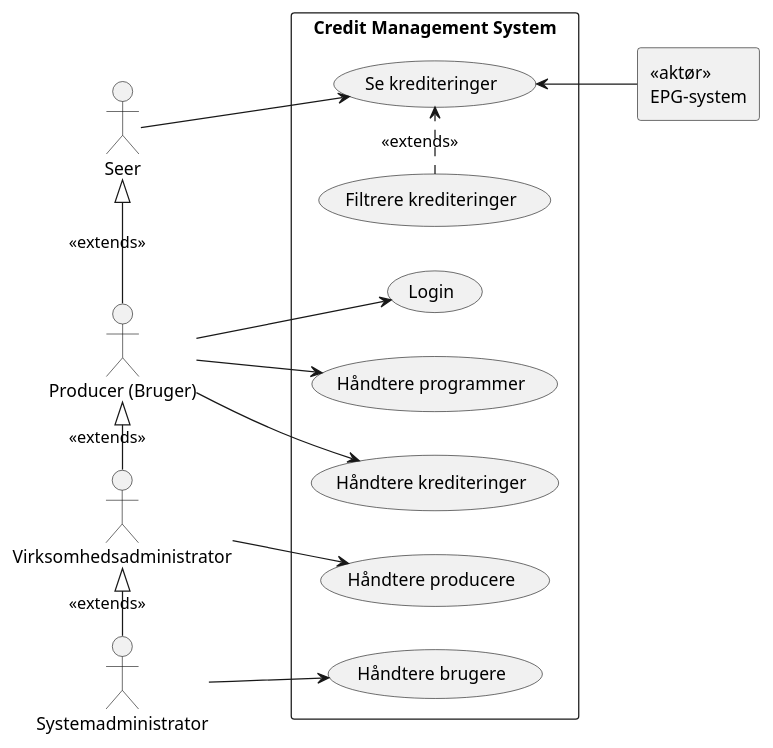
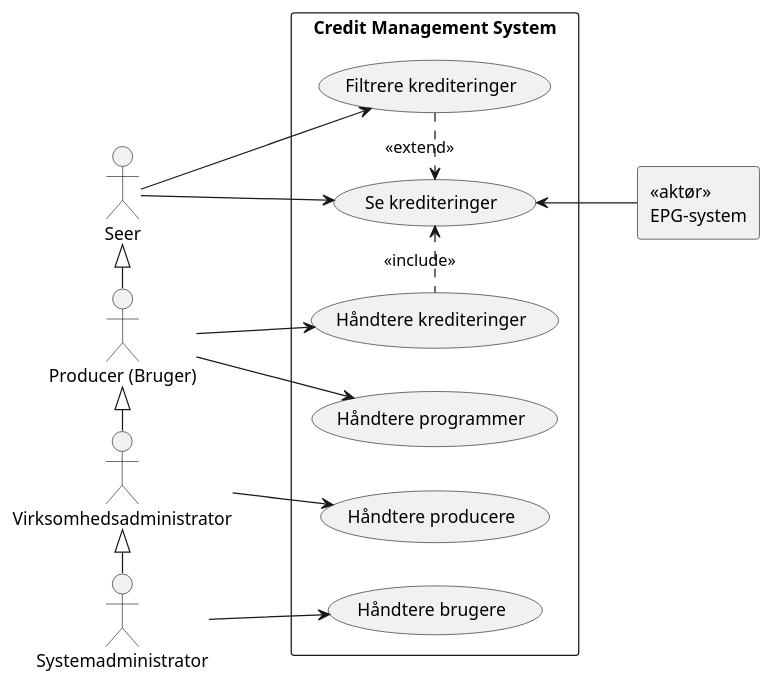
The diagram in uml/use_case/use_case.puml (amatzen/SE02-SE-G02-SPRO), drawn with PlantUML before and after one commit.

Commit message:
Updates use case diagram

```diff
--- a/uml/use_case/use_case.puml
+++ b/uml/use_case/use_case.puml
@@ -1,41 +1,41 @@
 @startuml
 'https://plantuml.com/use-case-diagram
 left to right direction
 
 actor "Producer (Bruger)" as producer
 actor Systemadministrator as administrator
 actor Seer as seer
 actor Virksomhedsadministrator as virksomhedsadministrator
 rectangle "<<aktør>>\nEPG-system" as epg
 
 rectangle "Credit Management System" {
-    usecase (Login)
     usecase "Håndtere producere" as (Håndtere producere)
     usecase "Håndtere programmer" as (Håndtere programmer)
     usecase "Håndtere brugere" as (Håndtere brugere)
     usecase "Håndtere krediteringer" as (Håndtere krediteringer)
     usecase "Se krediteringer" as (Se krediteringer)
     usecase "Filtrere krediteringer" as (Filtrere krediteringer)
-    (Filtrere krediteringer) .> (Se krediteringer) : <<extends>>
+    (Filtrere krediteringer) .> (Se krediteringer) : <<extend>>
 }
 
 producer --> (Håndtere programmer)
 producer --> (Håndtere krediteringer)
-producer --> (Login)
 
 administrator --> (Håndtere brugere)
 
 virksomhedsadministrator --> (Håndtere producere)
 
 seer --> (Se krediteringer)
+seer --> (Filtrere krediteringer)
 
 (Se krediteringer) <-- epg
 
 
-administrator -l-|> virksomhedsadministrator : "<<extends>>"
-virksomhedsadministrator -l-|> producer : "<<extends>>"
-producer -l-|> seer : "<<extends>>"
+administrator -l-|> virksomhedsadministrator
+virksomhedsadministrator -l-|> producer
+producer -l-|> seer
+(Håndtere krediteringer) .l-> (Se krediteringer) : "<<include>>"
 
 
 
 @enduml
```
